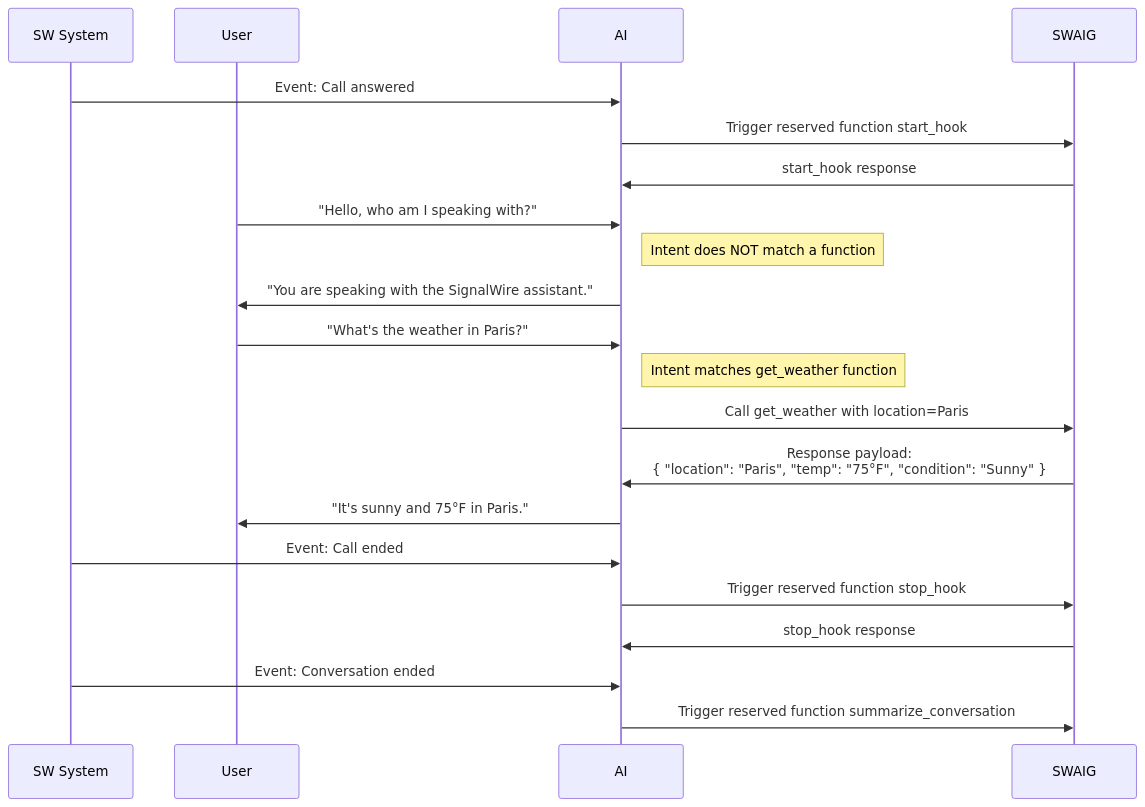
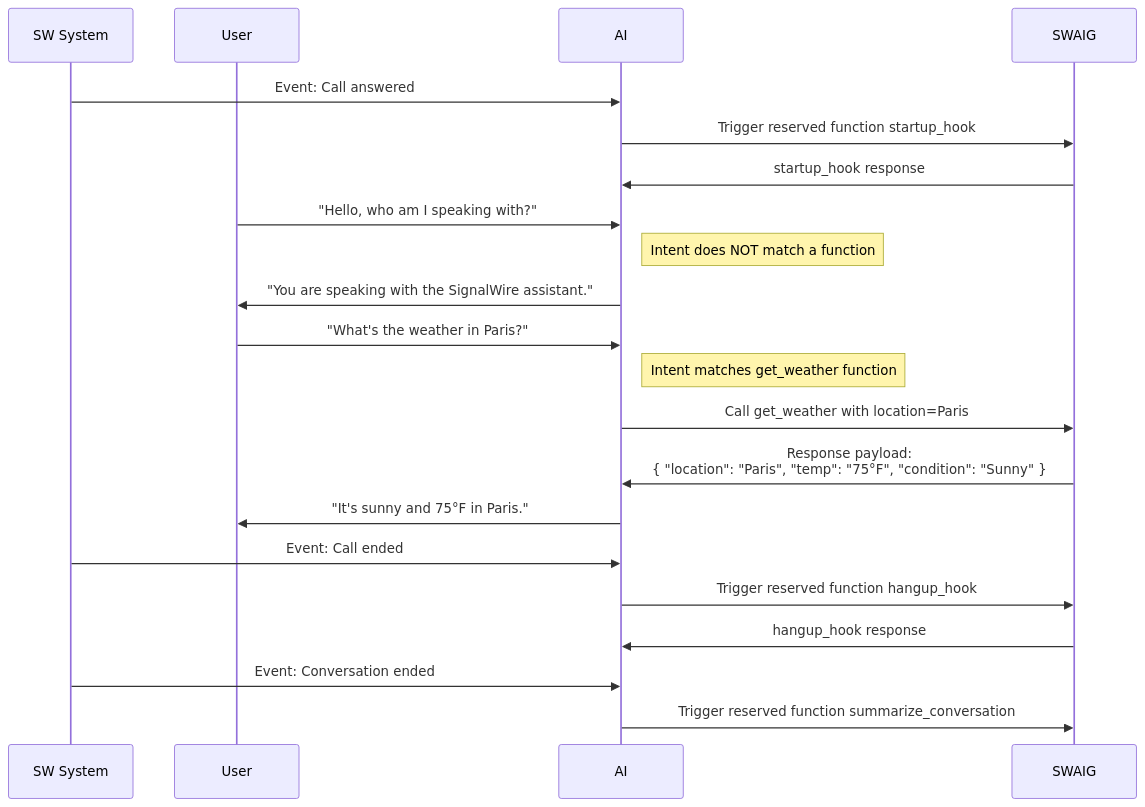
One commit to signalwire/docs changed the diagram in fern/products/swml/pages/reference/methods/calling/ai/ai_swaig/functions/index.mdx. Above: the diagram before and after it, drawn with Mermaid. The commit also changed other lines of this file and 5 other files, not shown here.

First line of the commit message:
fix(swml/ai): correct SWAIG hook names, MCP literals and function requirements

````diff
--- a/fern/products/swml/pages/reference/methods/calling/ai/ai_swaig/functions/index.mdx
+++ b/fern/products/swml/pages/reference/methods/calling/ai/ai_swaig/functions/index.mdx
@@ -247,33 +251,33 @@
 ```mermaid
 sequenceDiagram
     participant SW System
     participant User
     participant AI
     participant SWAIG
 
     %% Call starts
     SW System->>AI: Event: Call answered
-    AI->>SWAIG: Trigger reserved function start_hook
-    SWAIG->>AI: start_hook response
+    AI->>SWAIG: Trigger reserved function startup_hook
+    SWAIG->>AI: startup_hook response
 
     %% User asks a simple question (no function needed)
     User->>AI: "Hello, who am I speaking with?"
     Note right of AI: Intent does NOT match a function
     AI->>User: "You are speaking with the SignalWire assistant."
 
     %% User asks for weather (triggers function)
     User->>AI: "What's the weather in Paris?"
     Note right of AI: Intent matches get_weather function
     AI->>SWAIG: Call get_weather with location=Paris
     SWAIG->>AI: Response payload:<br>{ "location": "Paris", "temp": "75°F", "condition": "Sunny" }
     AI->>User: "It's sunny and 75°F in Paris."
 
     %% Call ends
     SW System->>AI: Event: Call ended
-    AI->>SWAIG: Trigger reserved function stop_hook
-    SWAIG->>AI: stop_hook response
+    AI->>SWAIG: Trigger reserved function hangup_hook
+    SWAIG->>AI: hangup_hook response
 
     %% Conversation ends (post_prompt defined)
     SW System->>AI: Event: Conversation ended
     AI->>SWAIG: Trigger reserved function summarize_conversation
 ```
````
